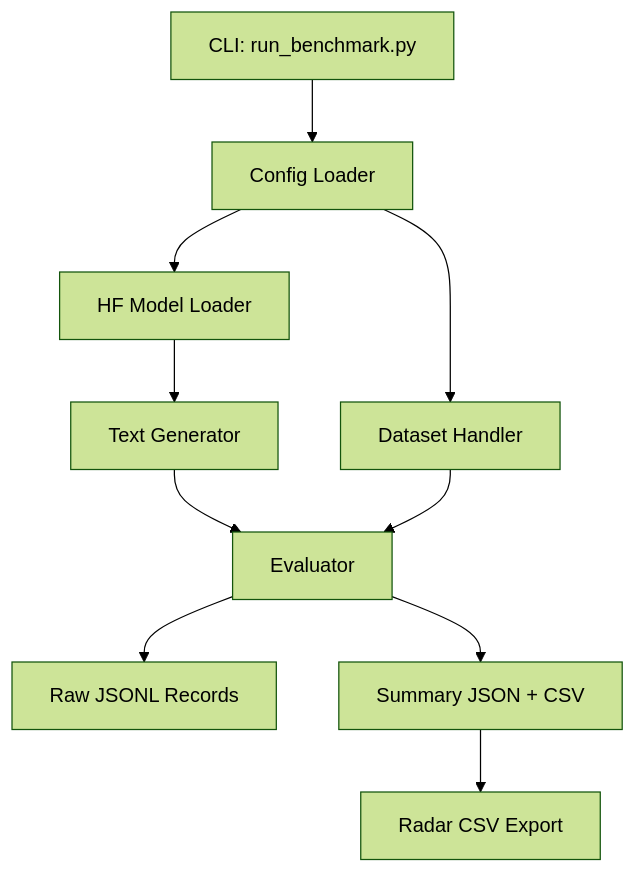
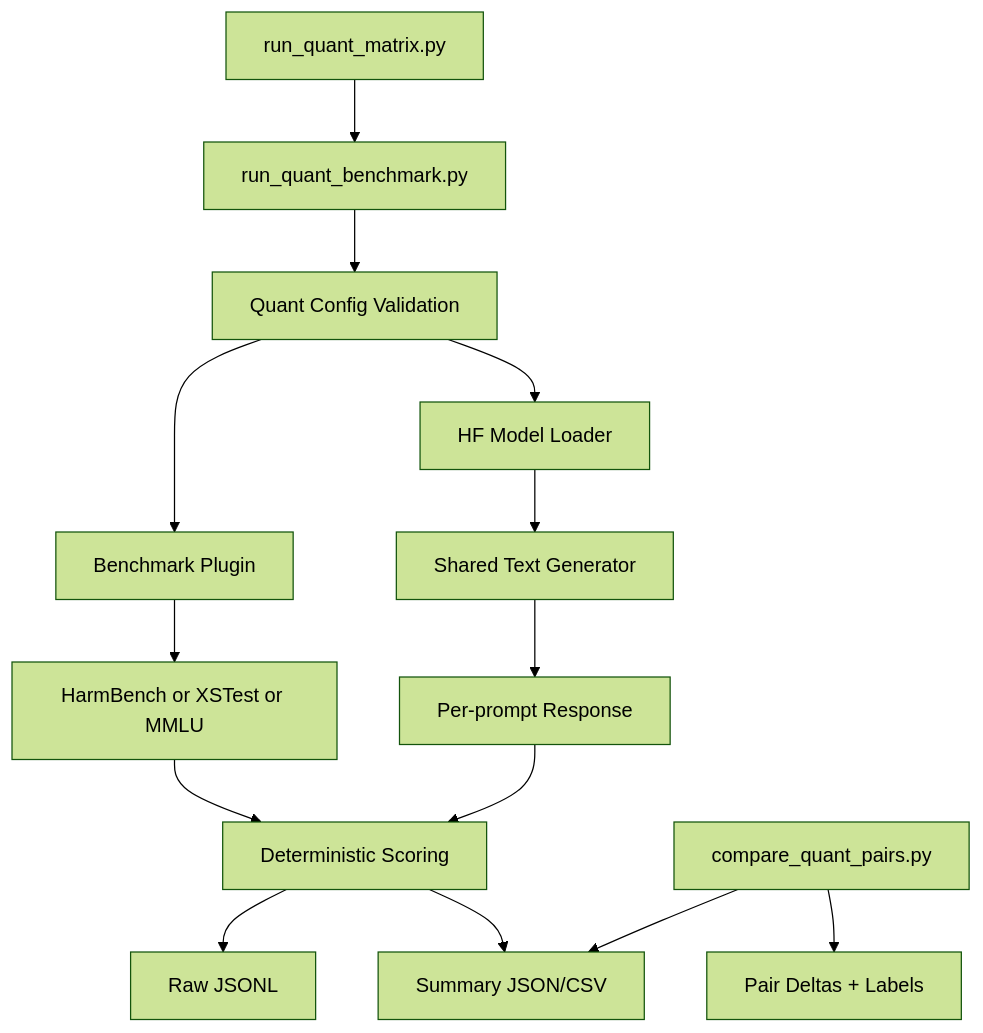
One commit to tanueihorng/llm-ethics-benchmark changed the diagram in README.md. Above: the diagram before and after it, drawn with Mermaid (forest theme). The commit also changed other lines of this file and 12 other files, not shown here.

````diff
--- a/README.md
+++ b/README.md
@@ -37,12 +34,16 @@
 ```mermaid
 flowchart TD
-    A[CLI: run_benchmark.py] --> B[Config Loader]
+    A[run_quant_benchmark.py] --> B[Quant Config Validation]
     B --> C[HF Model Loader]
-    C --> D[Text Generator]
-    B --> E[Dataset Handler]
-    D --> F[Evaluator]
-    E --> F
-    F --> G[Raw JSONL Records]
-    F --> H[Summary JSON + CSV]
-    H --> I[Radar CSV Export]
+    C --> D[Shared Text Generator]
+    B --> E[Benchmark Plugin]
+    E --> F[HarmBench or XSTest or MMLU]
+    D --> G[Per-prompt Response]
+    F --> H[Deterministic Scoring]
+    G --> H
+    H --> I[Raw JSONL]
+    H --> J[Summary JSON/CSV]
+    K[run_quant_matrix.py] --> A
+    L[compare_quant_pairs.py] --> J
+    L --> M[Pair Deltas + Labels]
 ```
````
